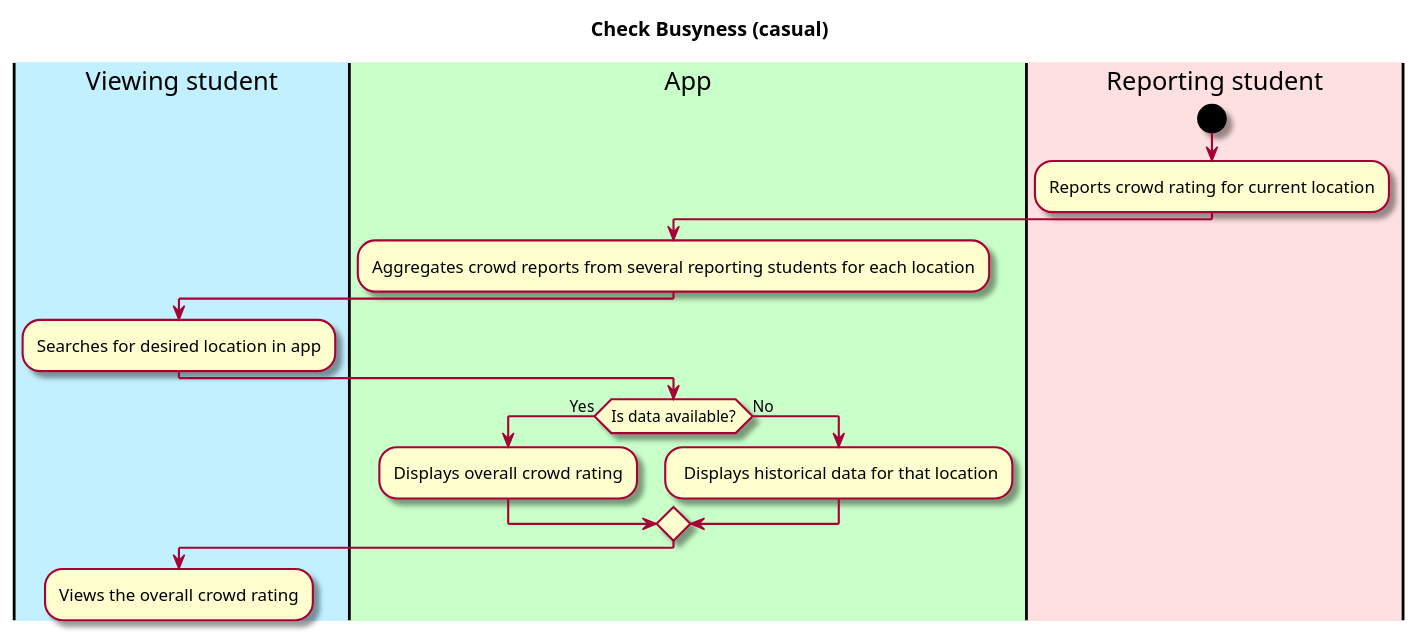
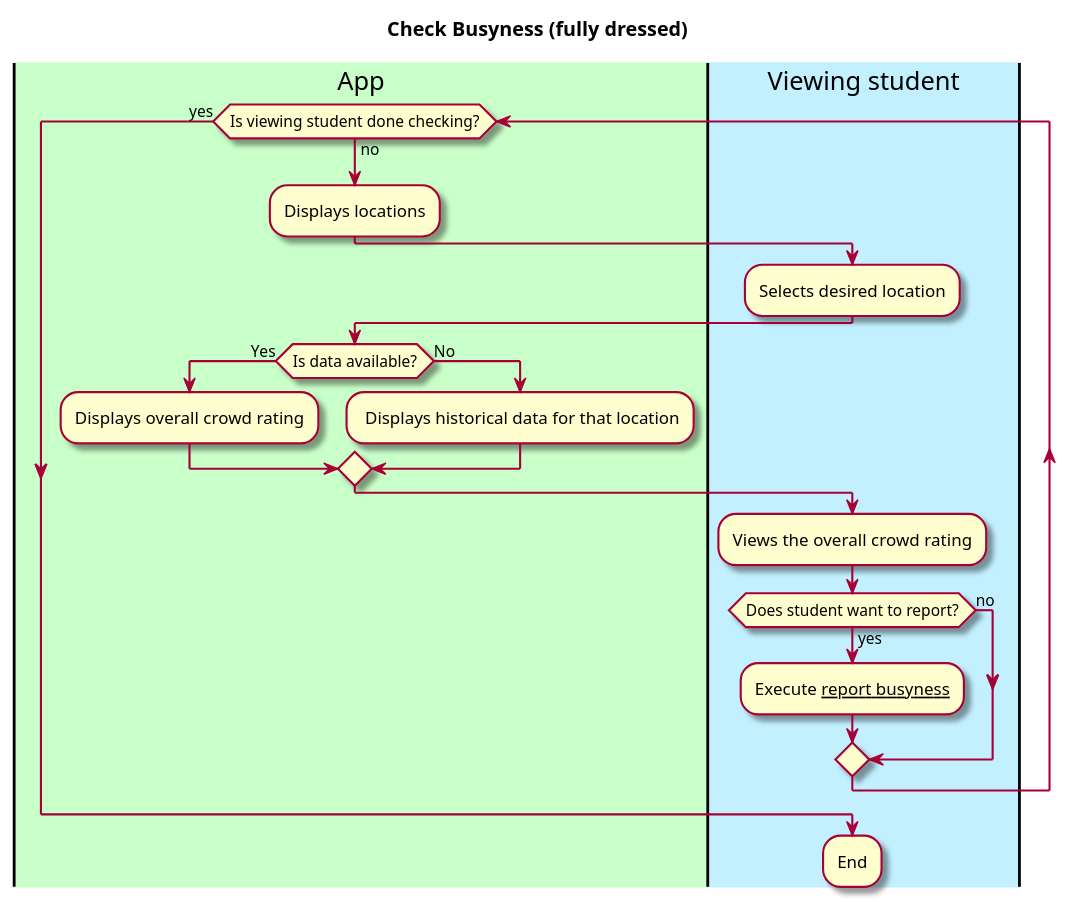
Before and after one commit to manoushpajouh/Vassar-Crowdmeter: the second of 2 diagrams in intellij/documentation/use_cases/check_busyness.md, drawn with PlantUML. The commit also changed other lines of this file and 1 other file, not shown here.

Commit message:
updated check busyness and report busyness use cases

````diff
--- a/intellij/documentation/use_cases/check_busyness.md
+++ b/intellij/documentation/use_cases/check_busyness.md
@@ -57,34 +58,35 @@
 ```plantuml
 @startuml
 
 skin rose
 
-title Check Busyness (casual)
+title Check Busyness (fully dressed)
 
 'define the lanes
+|#technology|App|
 |#application|Viewing student|
-|#technology|App|
-|#implementation|Reporting student|
-
-|Reporting student|
-start 
-:Reports crowd rating for current location;
 
 |App|
-:Aggregates crowd reports from several reporting students for each location;
+while (Is viewing student done checking?) is (no)
+:Displays locations;
 
 |Viewing student|
-:Searches for desired location in app;
+:Selects desired location;
 
-|App| 
-if (Is data available?) is (Yes) then 
+|App|
+if (Is data available?) is (Yes) then
 :Displays overall crowd rating;
 else (No)
 : Displays historical data for that location;
 endif
 
 |Viewing student|
 :Views the overall crowd rating;
-
+if (Does student want to report?) is (yes) then 
+:Execute __report busyness__;
+else (no)
+endif
+endwhile (yes)
+:End; 
 @enduml
 ```
````
